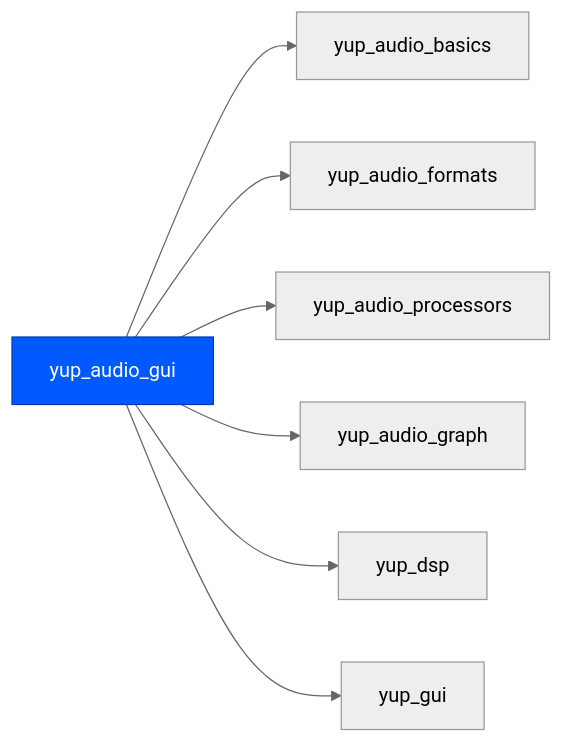
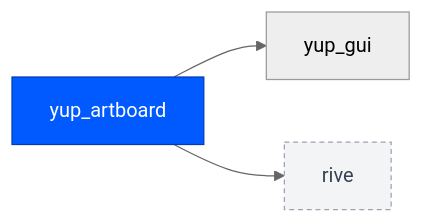
One commit to kunitoki/yup changed diagram 13 of 27 in docs/modules.md. Above: the diagram before and after it, drawn with Mermaid (neutral theme). The commit also changed other lines of this file and 781 other files, not shown here.

````diff
--- a/docs/modules.md
+++ b/docs/modules.md
@@ -252,11 +275,7 @@
 ```mermaid
 flowchart LR
-    yup_audio_gui:::self --> yup_audio_basics
-    yup_audio_gui --> yup_audio_formats
-    yup_audio_gui --> yup_audio_processors
-    yup_audio_gui --> yup_audio_graph
-    yup_audio_gui --> yup_dsp
-    yup_audio_gui --> yup_gui
+    yup_artboard:::self --> yup_gui
+    yup_artboard --> rive:::ext
     classDef self fill:#005aff,color:#fff,stroke:#003db3;
     classDef ext fill:#f3f4f6,color:#374151,stroke:#9ca3af,stroke-dasharray:4 3;
 ```
````
